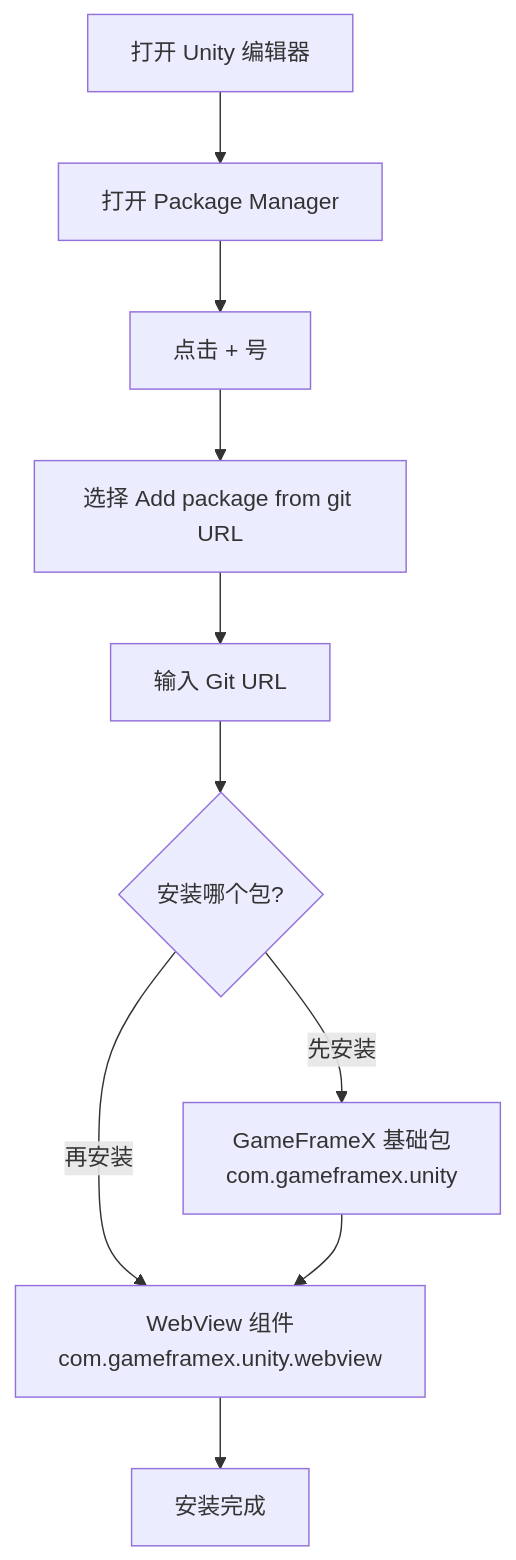
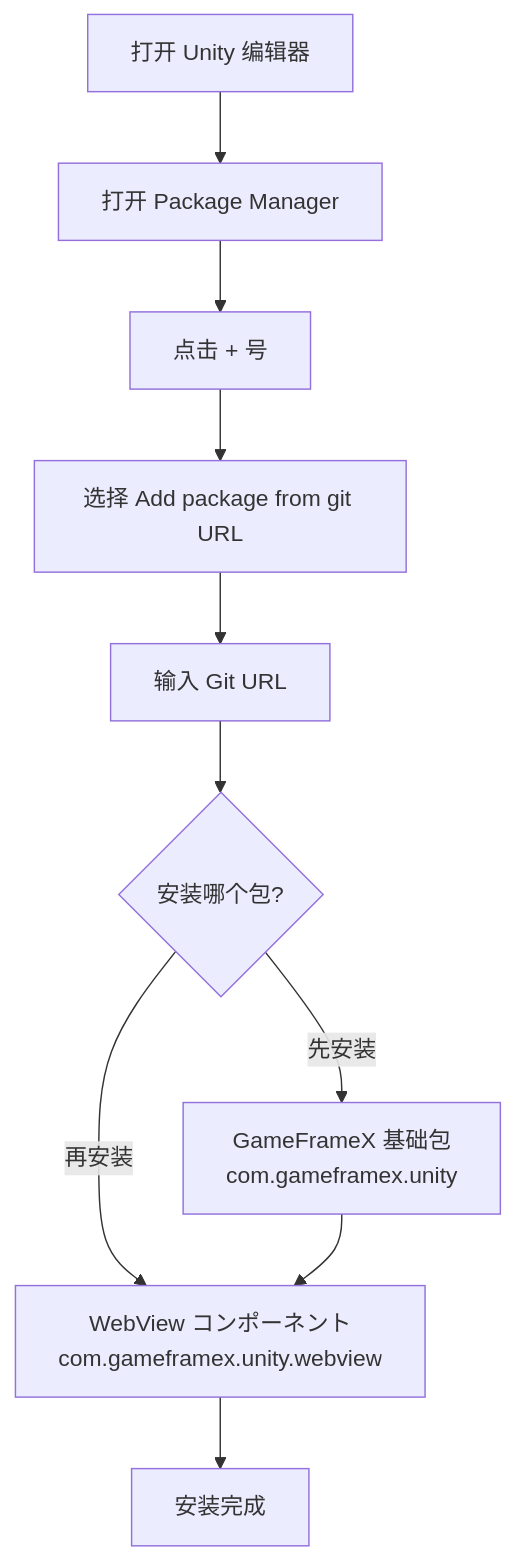
One commit to AlianBlank/GameFrameX.Docs changed the diagram in docs/ja/client/unity/component/webview/02.installation.md. Above: the diagram before and after it, drawn with Mermaid. The commit also changed other lines of this file and 603 other files, not shown here.

````diff
--- a/docs/ja/client/unity/component/webview/02.installation.md
+++ b/docs/ja/client/unity/component/webview/02.installation.md
@@ -50,12 +50,12 @@
 ```mermaid
 flowchart TD
     A[打开 Unity 编辑器] --> B[打开 Package Manager]
     B --> C[点击 + 号]
     C --> D[选择 Add package from git URL]
     D --> E[输入 Git URL]
     E --> F{安装哪个包?}
     F -->|先安装| G[GameFrameX 基础包<br/>com.gameframex.unity]
-    F -->|再安装| H[WebView 组件<br/>com.gameframex.unity.webview]
+    F -->|再安装| H[WebView コンポーネント<br/>com.gameframex.unity.webview]
     G --> H
     H --> I[安装完成]
 ```
````
